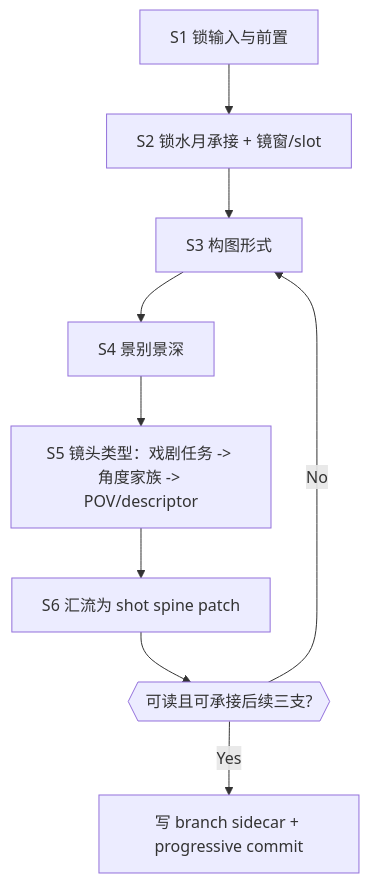
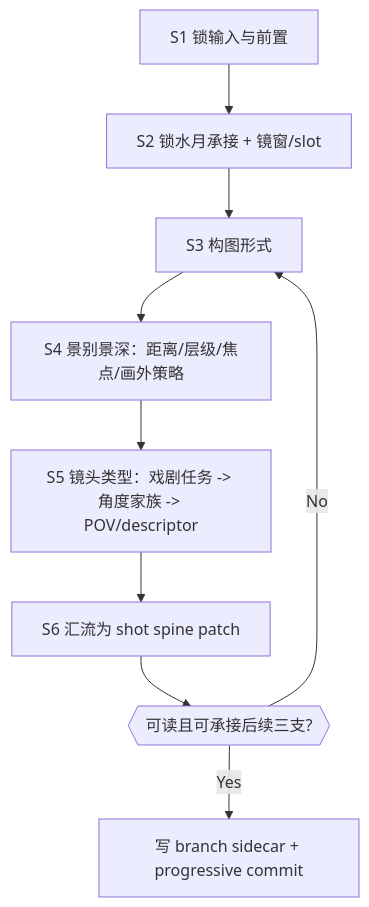
Before and after one commit to ZEN-VOID/AI-CUT: the first of 3 diagrams in .agents/skills/aigc/3-Detail/2-镜花/1-分镜构图/SKILL.md, drawn with Mermaid. The commit also changed other lines of this file and 291 other files, not shown here.

````diff
--- a/.agents/skills/aigc/3-Detail/2-镜花/1-分镜构图/SKILL.md
+++ b/.agents/skills/aigc/3-Detail/2-镜花/1-分镜构图/SKILL.md
@@ -72,11 +72,11 @@
 ```mermaid
 flowchart TD
     A["S1 锁输入与前置"] --> B["S2 锁水月承接 + 镜窗/slot"]
     B --> C["S3 构图形式"]
-    C --> D["S4 景别景深"]
+    C --> D["S4 景别景深：距离/层级/焦点/画外策略"]
     D --> E["S5 镜头类型：戏剧任务 -> 角度家族 -> POV/descriptor"]
     E --> F["S6 汇流为 shot spine patch"]
     F --> G{{"可读且可承接后续三支?"}}
     G -->|"Yes"| H["写 branch sidecar + progressive commit"]
     G -->|"No"| C
 ```
````
